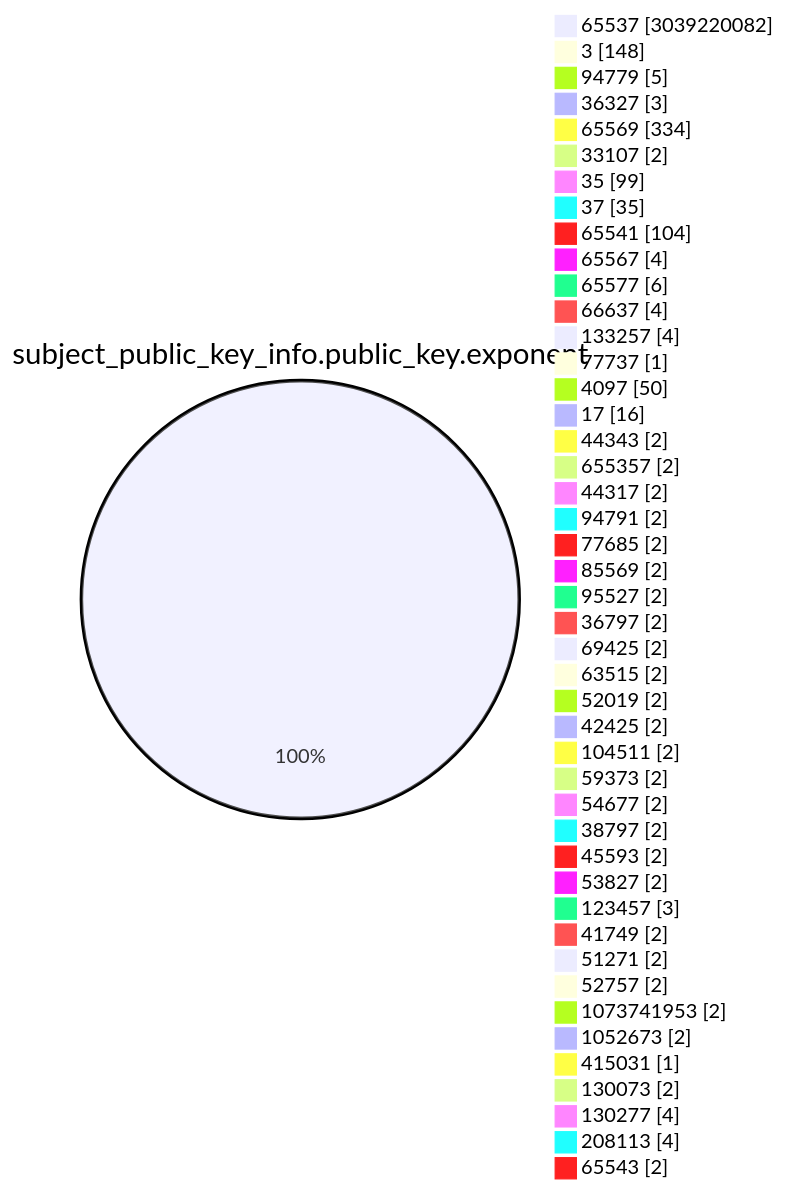
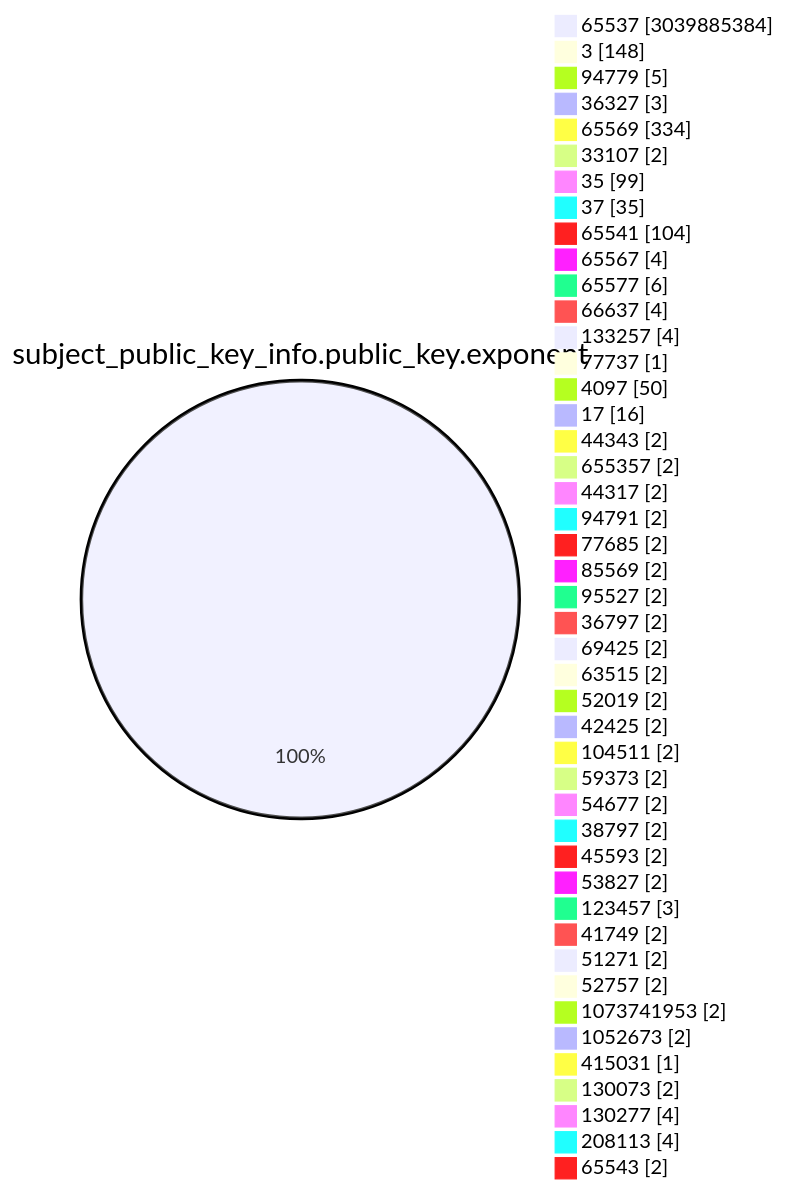
One commit to christiankrug/ctmonitor_visualization changed the fourth of 15 diagrams in TOTAL/README.md. Above: the diagram before and after it, drawn with Mermaid. The commit also changed other lines of this file, not shown here.

````diff
--- a/TOTAL/README.md
+++ b/TOTAL/README.md
@@ -1473,49 +1473,49 @@
 ```mermaid
 pie showData
 title subject_public_key_info.public_key.exponent
-"65537" :3039220082
+"65537" :3039885384
 "3" :148
 "94779" :5
 "36327" :3
 "65569" :334
 "33107" :2
 "35" :99
 "37" :35
 "65541" :104
 "65567" :4
 "65577" :6
 "66637" :4
 "133257" :4
 "77737" :1
 "4097" :50
 "17" :16
 "44343" :2
 "655357" :2
 "44317" :2
 "94791" :2
 "77685" :2
 "85569" :2
 "95527" :2
 "36797" :2
 "69425" :2
 "63515" :2
 "52019" :2
 "42425" :2
 "104511" :2
 "59373" :2
 "54677" :2
 "38797" :2
 "45593" :2
 "53827" :2
 "123457" :3
 "41749" :2
 "51271" :2
 "52757" :2
 "1073741953" :2
 "1052673" :2
 "415031" :1
 "130073" :2
 "130277" :4
 "208113" :4
 "65543" :2
 ```
````
